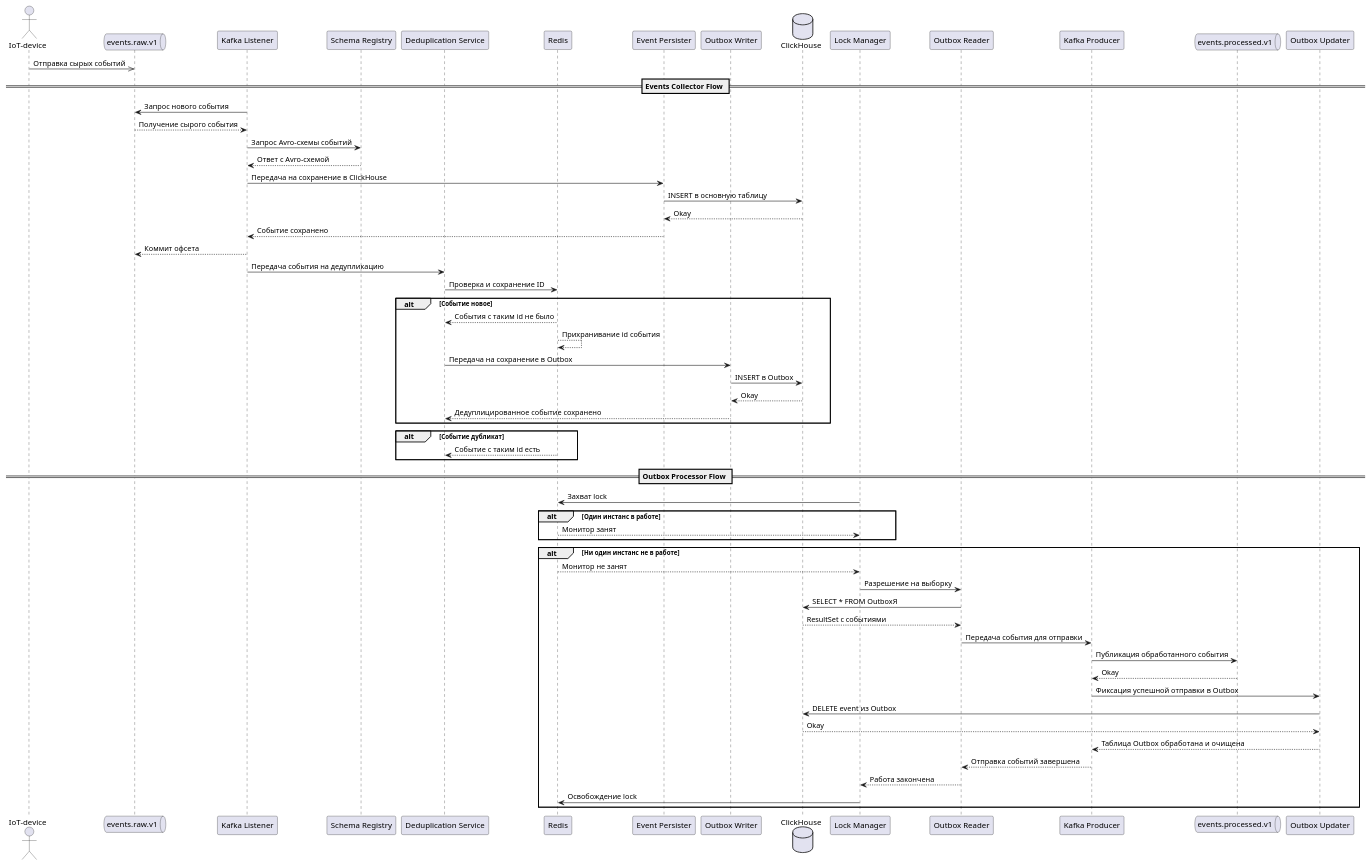
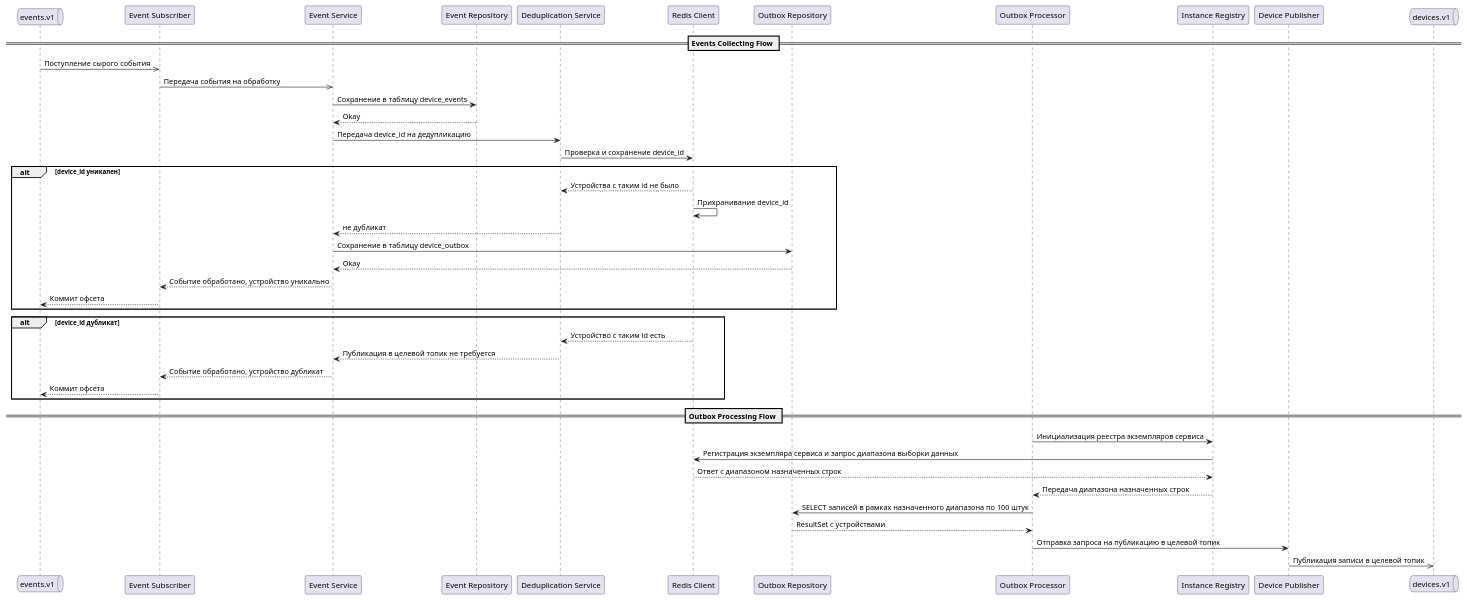
The diagram in diagrams/sequence.puml (denfort50/iot-platform-yankee-dkalchenko), drawn with PlantUML before and after one commit. The commit also changed 3 other files, not shown here.

Commit message:
Внесение корректировок на диаграммах

```diff
--- a/diagrams/sequence.puml
+++ b/diagrams/sequence.puml
@@ -1,65 +1,47 @@
 @startuml
-actor "IoT-device" as IoT order 1
-queue "events.raw.v1" as IT order 2
-participant "Kafka Listener" as KL order 3
-participant "Schema Registry" as SR order 4
+queue "events.v1" as IT order 1
+participant "Event Subscriber" as ESS order 2
+participant "Event Service" as ESR order 3
+participant "Event Repository" as ER order 4
 participant "Deduplication Service" as DS order 5
-participant "Redis" as Redis order 6
-participant "Event Persister" as EP order 7
-participant "Outbox Writer" as OW order 8
-database  "ClickHouse" as CH order  9
-database  "ClickHouse" as CH order  9
-participant "Lock Manager" as LM order 10
-participant "Outbox Reader" as OR order 11
-participant "Kafka Producer" as KP order 12
-queue "events.processed.v1" as OT order 13
-participant "Outbox Updater" as OU order 14
+participant "Redis Client" as RC order 6
+participant "Outbox Repository" as OR order 7
+participant "Outbox Processor" as OP order 8
+participant "Instance Registry" as IR order 9
+participant "Device Publisher" as DP order 10
+queue "devices.v1" as OT order 11
 
-IoT ->> IT: Отправка сырых событий
-== Events Collector Flow ==
-KL -> IT: Запрос нового события
-IT --> KL: Получение сырого события
-KL -> SR: Запрос Avro-схемы событий
-SR --> KL: Ответ с Avro-схемой
-KL -> EP: Передача на сохранение в ClickHouse
-EP -> CH: INSERT в основную таблицу
-CH --> EP: Okay
-EP --> KL: Событие сохранено
-KL --> IT: Коммит офсета
-KL -> DS: Передача события на дедупликацию
-DS -> Redis: Проверка и сохранение ID
-alt Событие новое
-    Redis --> DS: События с таким id не было
-    Redis --> Redis: Прихранивание id события
-    DS -> OW: Передача на сохранение в Outbox
-    OW -> CH: INSERT в Outbox
-    CH --> OW: Okay
-    OW --> DS: Дедуплицированное событие сохранено
+== Events Collecting Flow ==
+IT ->> ESS: Поступление сырого события
+ESS ->> ESR: Передача события на обработку
+ESR -> ER: Сохранение в таблицу device_events
+ER --> ESR: Okay
+ESR -> DS: Передача device_id на дедупликацию
+DS -> RC: Проверка и сохранение device_id
+alt device_id уникален
+    RC --> DS: Устройства с таким id не было
+    RC -> RC: Прихранивание device_id
+    DS --> ESR: не дубликат
+    ESR -> OR: Сохранение в таблицу device_outbox
+    OR --> ESR: Okay
+    ESR --> ESS: Событие обработано, устройство уникально
+    ESS --> IT: Коммит офсета
 end
-alt Событие дубликат
-    Redis --> DS: Событие с таким id есть
+alt device_id дубликат
+    RC --> DS: Устройство с таким id есть
+    DS --> ESR: Публикация в целевой топик не требуется
+    ESR --> ESS: Событие обработано, устройство дубликат
+    ESS --> IT: Коммит офсета
 end
 
-== Outbox Processor Flow ==
-LM -> Redis: Захват lock
-alt Один инстанс в работе
-    Redis --> LM: Монитор занят
-end
-alt Ни один инстанс не в работе
-    Redis --> LM: Монитор не занят
-    LM -> OR: Разрешение на выборку
-    OR -> CH: SELECT * FROM OutboxЯ
-    CH --> OR: ResultSet с событиями
-    OR -> KP: Передача события для отправки
-    KP -> OT: Публикация обработанного события
-    OT --> KP: Okay
-    KP -> OU: Фиксация успешной отправки в Outbox
-    OU -> CH: DELETE event из Outbox
-    CH --> OU: Okay
-    OU --> KP: Таблица Outbox обработана и очищена
-    KP --> OR: Отправка событий завершена
-    OR --> LM: Работа закончена
-    LM -> Redis: Освобождение lock
-end
+== Outbox Processing Flow ==
+OP -> IR: Инициализация реестра экземпляров сервиса
+IR -> RC: Регистрация экземпляра сервиса и запрос диапазона выборки данных
+RC --> IR: Ответ с диапазоном назначенных строк
+IR --> OP: Передача диапазона назначенных строк
+OP -> OR: SELECT записей в рамках назначенного диапазона по 100 штук
+OR --> OP: ResultSet с устройствами
+OP -> DP: Отправка запроса на публикацию в целевой топик
+DP ->> OT: Публикация записи в целевой топик
 
 @enduml
```
